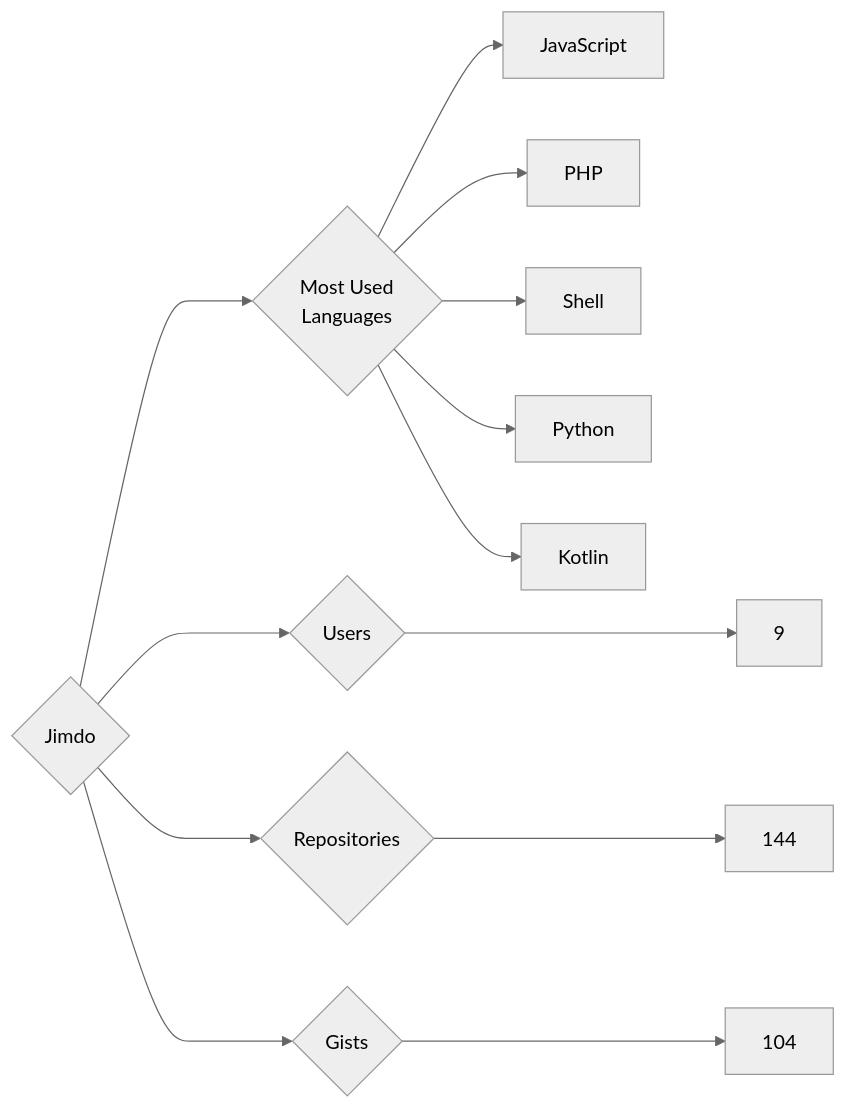
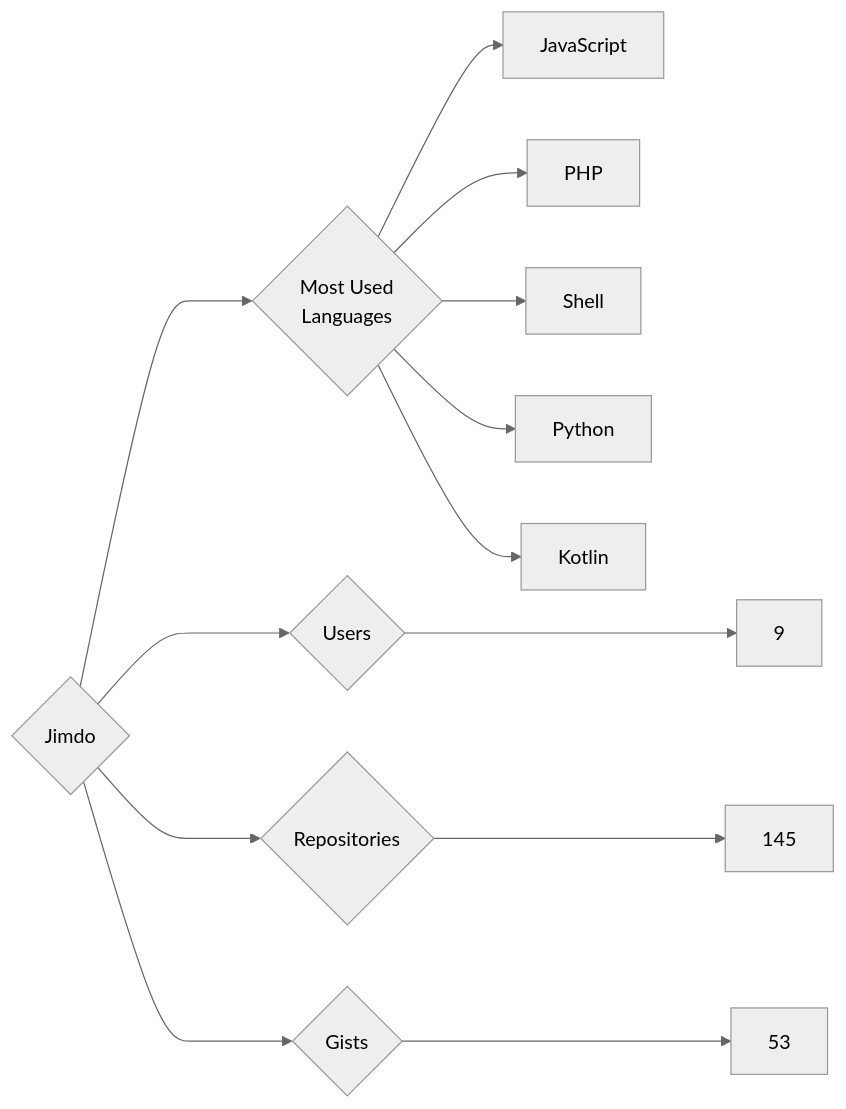
The diagram in targets/Jimdo/README.md (trickest/insiders), drawn with Mermaid (neutral theme) before and after one commit. The commit also changed 636 other files, not shown here.

````diff
--- a/targets/Jimdo/README.md
+++ b/targets/Jimdo/README.md
@@ -3,13 +3,13 @@
 ```mermaid
 graph LR
 COMPANY_NAME{Jimdo}
 COMPANY_NAME ---> U{Users} ---> UN[9]
-COMPANY_NAME ---> R{Repositories} ---> RN[144]
-COMPANY_NAME ---> G{Gists} ---> GN[104]
+COMPANY_NAME ---> R{Repositories} ---> RN[145]
+COMPANY_NAME ---> G{Gists} ---> GN[53]
 COMPANY_NAME ---> ML{Most Used<br>Languages}
 ML --> JavaScript[JavaScript]
 ML --> PHP[PHP]
 ML --> Shell[Shell]
 ML --> Python[Python]
 ML --> Kotlin[Kotlin]
 ```
````
